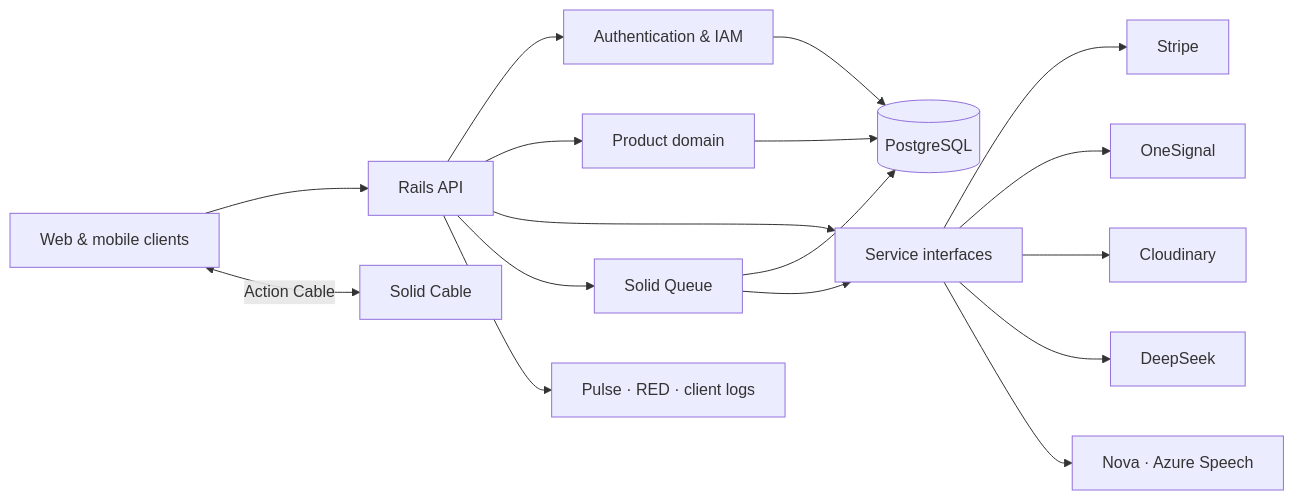
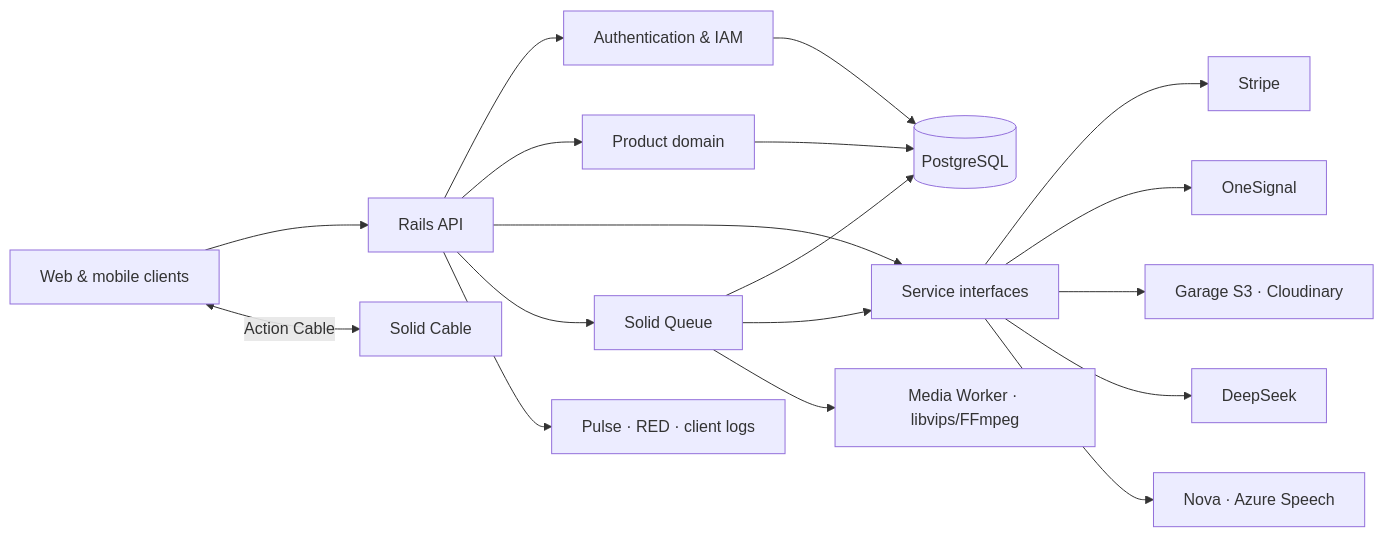
Before and after one commit to rex-9/rexone-core: the diagram in README.md, drawn with Mermaid. The commit also changed other lines of this file and 44 other files, not shown here.

````diff
--- a/README.md
+++ b/README.md
@@ -91,23 +92,24 @@
 ```mermaid
 flowchart LR
     Clients[Web & mobile clients] --> API[Rails API]
     Clients <-->|Action Cable| Realtime[Solid Cable]
 
     API --> Auth[Authentication & IAM]
     API --> Domain[Product domain]
     API --> Services[Service interfaces]
     API --> Jobs[Solid Queue]
 
     Domain --> PostgreSQL[(PostgreSQL)]
     Auth --> PostgreSQL
     Jobs --> PostgreSQL
 
     Services --> Stripe[Stripe]
     Services --> OneSignal[OneSignal]
-    Services --> Cloudinary[Cloudinary]
+    Services --> Storage[Garage S3 · Cloudinary]
     Services --> DeepSeek[DeepSeek]
     Services --> Speech[Nova · Azure Speech]
 
     Jobs --> Services
+    Jobs --> MediaWorker[Media Worker · libvips/FFmpeg]
     API --> Observability[Pulse · RED · client logs]
 ```
````
